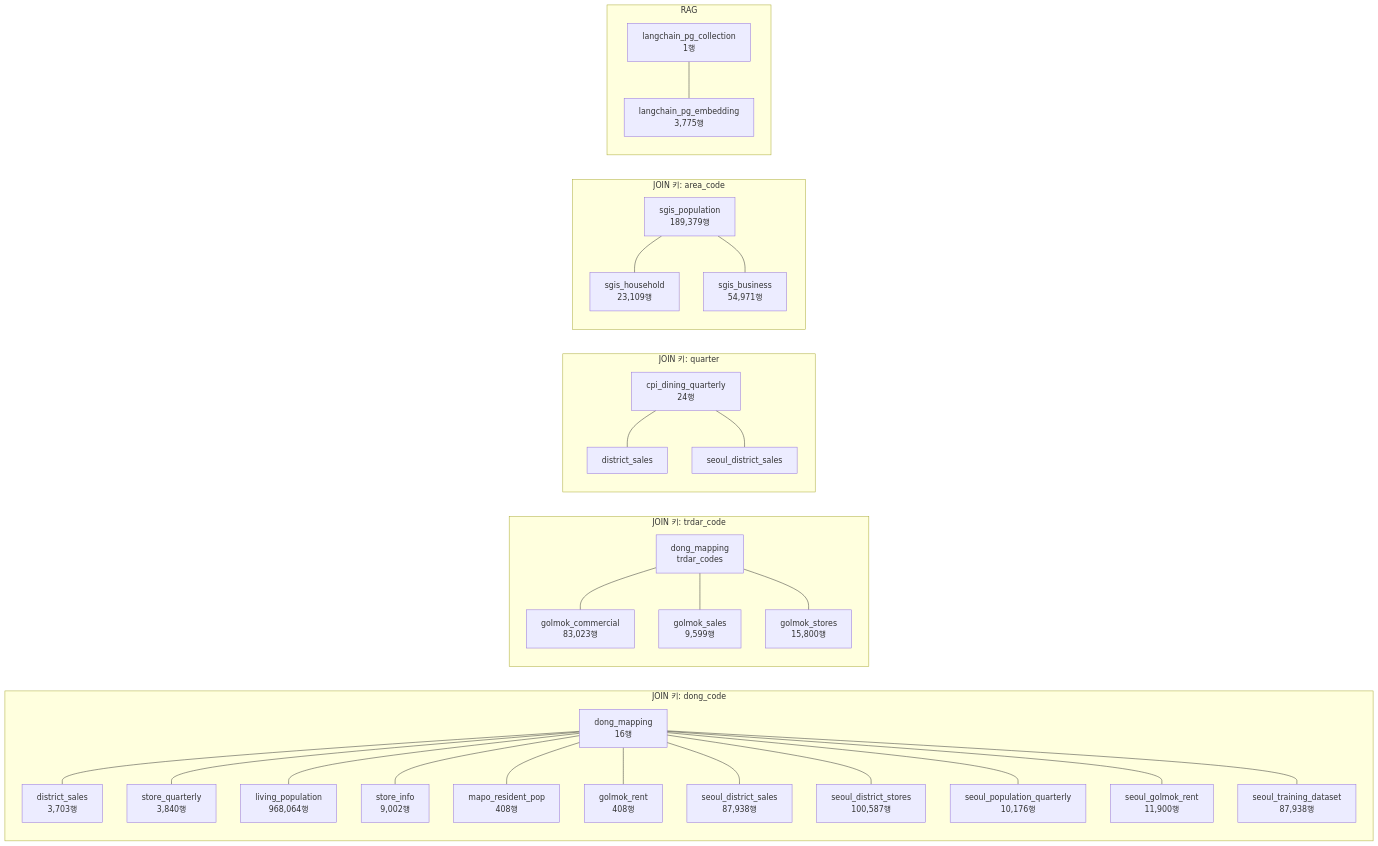
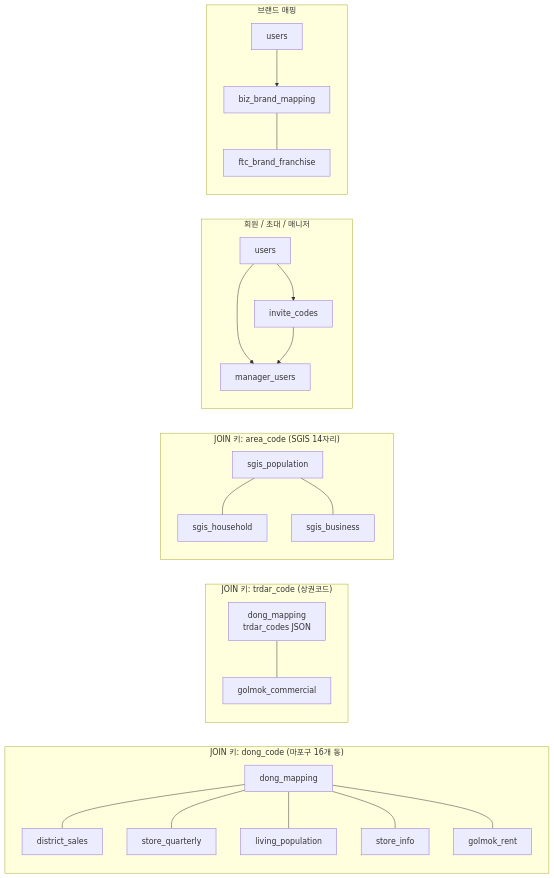
The second of 4 diagrams in docs/db-erd.md (Himidea-AI/Final_Project), drawn with Mermaid before and after one commit. The commit also changed other lines of this file and 8 other files, not shown here.

````diff
--- a/docs/db-erd.md
+++ b/docs/db-erd.md
@@ -247,36 +374,30 @@
 ```mermaid
 graph LR
-    subgraph "JOIN 키: dong_code"
-        DM[dong_mapping<br/>16행] --- DS[district_sales<br/>3,703행]
-        DM --- SQ[store_quarterly<br/>3,840행]
-        DM --- LP[living_population<br/>968,064행]
-        DM --- SI[store_info<br/>9,002행]
-        DM --- MRP[mapo_resident_pop<br/>408행]
-        DM --- GR[golmok_rent<br/>408행]
-        DM --- SDS[seoul_district_sales<br/>87,938행]
-        DM --- SDST[seoul_district_stores<br/>100,587행]
-        DM --- SPQ[seoul_population_quarterly<br/>10,176행]
-        DM --- SGR[seoul_golmok_rent<br/>11,900행]
-        DM --- STD[seoul_training_dataset<br/>87,938행]
+    subgraph "JOIN 키: dong_code (마포구 16개 동)"
+        DM[dong_mapping] --- DS[district_sales]
+        DM --- SQ[store_quarterly]
+        DM --- LP[living_population]
+        DM --- SI[store_info]
+        DM --- GR[golmok_rent]
     end
 
-    subgraph "JOIN 키: trdar_code"
-        DM2[dong_mapping<br/>trdar_codes] --- GC[golmok_commercial<br/>83,023행]
-        DM2 --- GS[golmok_sales<br/>9,599행]
-        DM2 --- GST[golmok_stores<br/>15,800행]
+    subgraph "JOIN 키: trdar_code (상권코드)"
+        DM2[dong_mapping<br/>trdar_codes JSON] --- GC[golmok_commercial]
     end
 
-    subgraph "JOIN 키: quarter"
-        CPI[cpi_dining_quarterly<br/>24행] --- DS2[district_sales]
-        CPI --- SDS2[seoul_district_sales]
+    subgraph "JOIN 키: area_code (SGIS 14자리)"
+        SGIS_P[sgis_population] --- SGIS_H[sgis_household]
+        SGIS_P --- SGIS_B[sgis_business]
     end
 
-    subgraph "JOIN 키: area_code"
-        SGIS_P[sgis_population<br/>189,379행] --- SGIS_H[sgis_household<br/>23,109행]
-        SGIS_P --- SGIS_B[sgis_business<br/>54,971행]
+    subgraph "회원 / 초대 / 매니저"
+        U[users] --> IC[invite_codes]
+        U --> MU[manager_users]
+        IC --> MU
     end
 
-    subgraph "RAG"
-        LPC[langchain_pg_collection<br/>1행] --- LPE[langchain_pg_embedding<br/>3,775행]
+    subgraph "브랜드 매핑"
+        U2[users] --> BM[biz_brand_mapping]
+        BM --- FTC[ftc_brand_franchise]
     end
 ```
````
